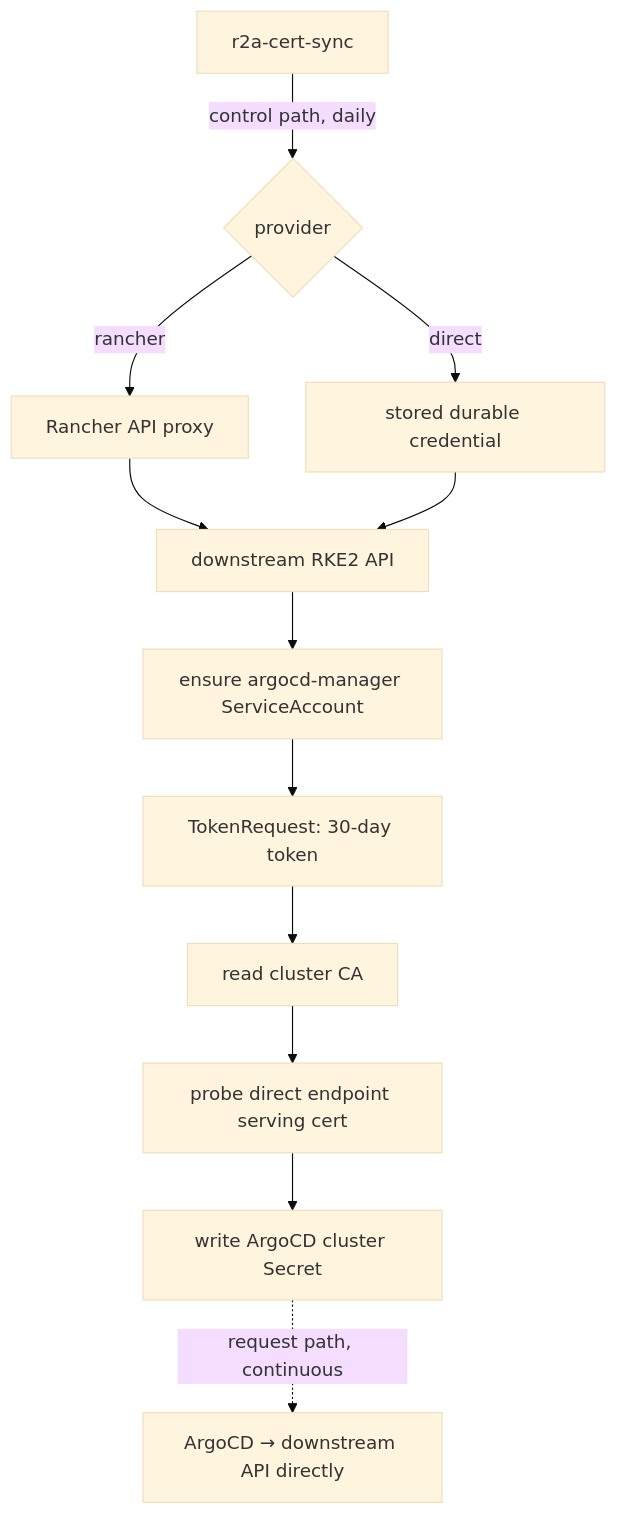
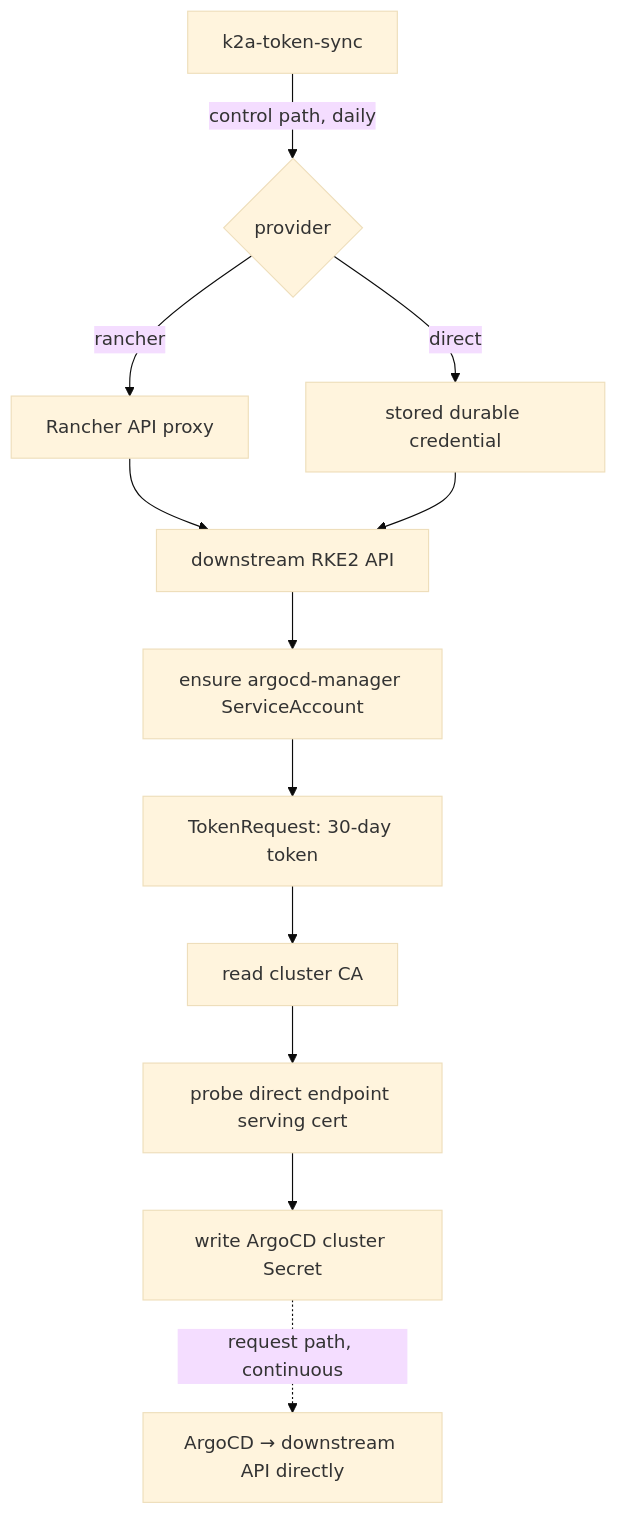
The diagram in README.md (krisiasty/k2a-token-sync), drawn with Mermaid (base theme) before and after one commit. The commit also changed other lines of this file and 25 other files, not shown here.

First line of the commit message:
rename to k2a-token-sync

````diff
--- a/README.md
+++ b/README.md
@@ -34,14 +34,14 @@
 ```mermaid
 graph TD
-    A[r2a-cert-sync] -->|control path, daily| B{provider}
+    A[k2a-token-sync] -->|control path, daily| B{provider}
     B -->|rancher| C[Rancher API proxy]
     B -->|direct| D[stored durable credential]
     C --> E[downstream RKE2 API]
     D --> E
     E --> F[ensure argocd-manager ServiceAccount]
     F --> G[TokenRequest: 30-day token]
     G --> H[read cluster CA]
     H --> I[probe direct endpoint serving cert]
     I --> J[write ArgoCD cluster Secret]
     J -.->|request path, continuous| K[ArgoCD → downstream API directly]
 ```
````
